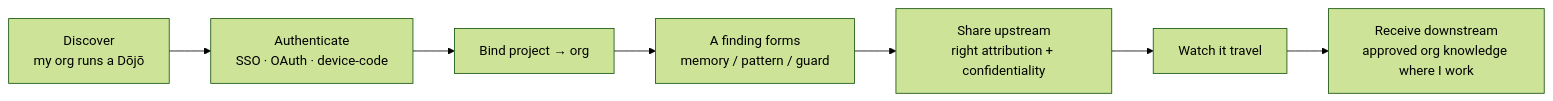
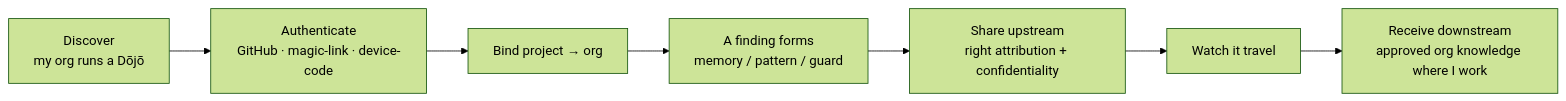
The first of 7 diagrams in docs/journeys/dojo.md (sensei-hq/sensei), drawn with Mermaid (forest theme) before and after one commit. The commit also changed other lines of this file and 24 other files, not shown here.

````diff
--- a/docs/journeys/dojo.md
+++ b/docs/journeys/dojo.md
@@ -19,7 +28,7 @@
 ```mermaid
 flowchart LR
-    d1[Discover<br/>my org runs a Dōjō] --> d2[Authenticate<br/>SSO · OAuth · device-code]
+    d1[Discover<br/>my org runs a Dōjō] --> d2[Authenticate<br/>GitHub · magic-link · device-code]
     d2 --> d3[Bind project → org] --> d4[A finding forms<br/>memory / pattern / guard]
     d4 --> d5[Share upstream<br/>right attribution + confidentiality]
     d5 --> d6[Watch it travel] --> d7[Receive downstream<br/>approved org knowledge where I work]
 ```
````
